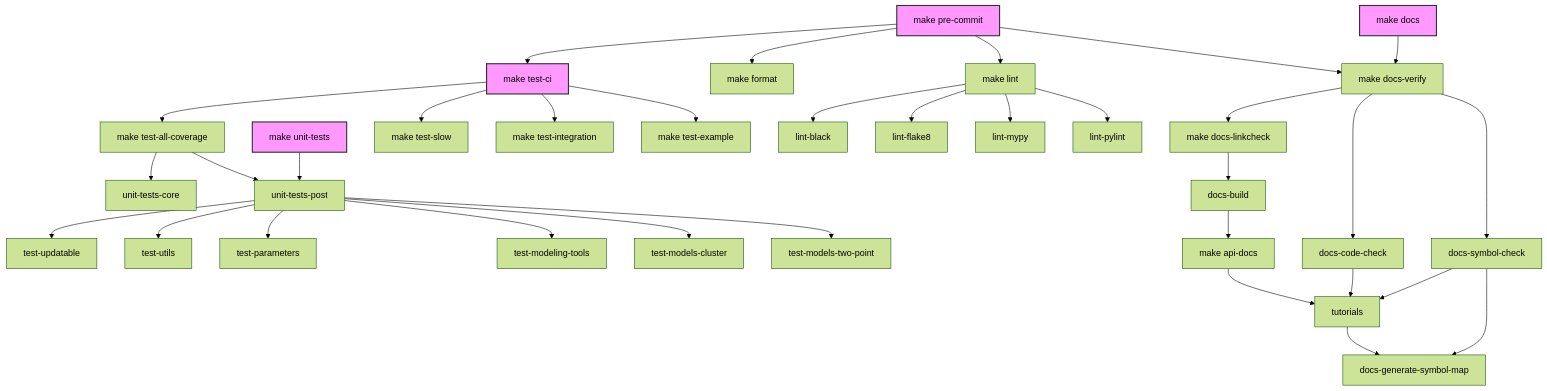
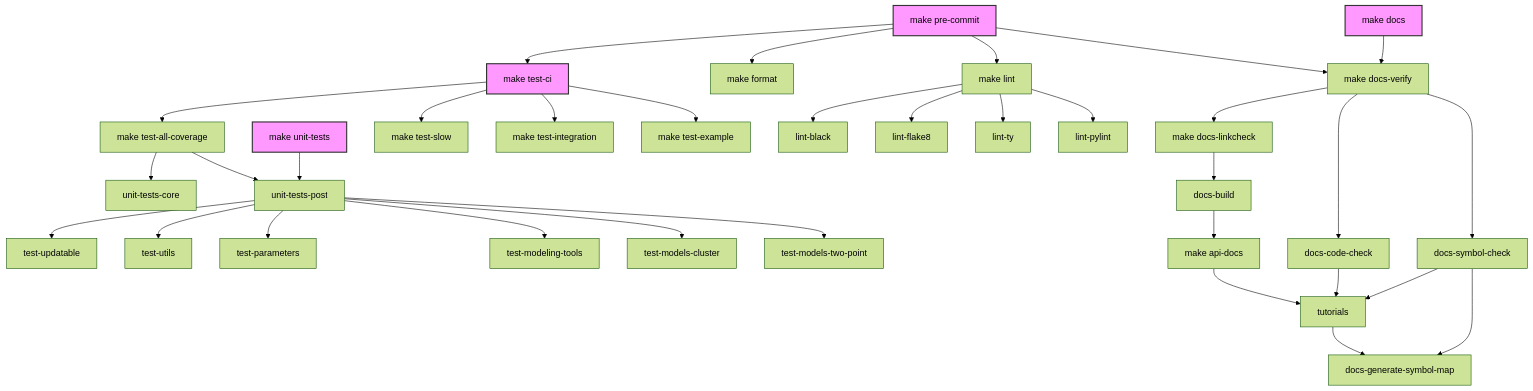
Before and after one commit to LSSTDESC/firecrown: the first of 2 diagrams in CONTRIBUTING_ADVANCED.md, drawn with Mermaid (forest theme). The commit also changed other lines of this file and 30 other files, not shown here.

````diff
--- a/CONTRIBUTING_ADVANCED.md
+++ b/CONTRIBUTING_ADVANCED.md
@@ -13,58 +13,58 @@
 ```mermaid
 graph TD
     classDef main fill:#f9f,stroke:#333,stroke-width:2px;
     
     pre-commit["make pre-commit"]:::main
     test-ci["make test-ci"]:::main
     docs["make docs"]:::main
     unit-tests["make unit-tests"]:::main
     
     %% Pre-commit dependencies
     pre-commit --> format["make format"]
     pre-commit --> lint["make lint"]
     pre-commit --> docs-verify["make docs-verify"]
     pre-commit --> test-ci
     
     %% Test-CI dependencies
     test-ci --> test-all-coverage["make test-all-coverage"]
     test-ci --> test-slow["make test-slow"]
     test-ci --> test-integration["make test-integration"]
     test-ci --> test-example["make test-example"]
     
     %% Test coverage dependencies
     test-all-coverage --> unit-tests-core["unit-tests-core"]
     test-all-coverage --> unit-tests-post["unit-tests-post"]
     
     %% Unit tests dependencies
     unit-tests --> unit-tests-post
     
     %% Unit tests post dependencies
     unit-tests-post --> test-updatable["test-updatable"]
     unit-tests-post --> test-utils["test-utils"]
     unit-tests-post --> test-parameters["test-parameters"]
     unit-tests-post --> test-modeling-tools["test-modeling-tools"]
     unit-tests-post --> test-models-cluster["test-models-cluster"]
     unit-tests-post --> test-models-two-point["test-models-two-point"]
     
     %% Lint dependencies
     lint --> lint-black["lint-black"]
     lint --> lint-flake8["lint-flake8"]
-    lint --> lint-mypy["lint-mypy"]
+    lint --> lint-ty["lint-ty"]
     lint --> lint-pylint["lint-pylint"]
     
     %% Documentation dependencies
     docs --> docs-verify
     
     docs-build --> api-docs["make api-docs"]
     
     docs-verify --> docs-code-check["docs-code-check"]
     docs-verify --> docs-symbol-check["docs-symbol-check"]
     docs-verify --> docs-linkcheck["make docs-linkcheck"]
     
     tutorials --> docs-generate-symbol-map
     api-docs --> tutorials
     docs-code-check --> tutorials
     docs-symbol-check --> tutorials
     docs-symbol-check --> docs-generate-symbol-map
     docs-linkcheck --> docs-build
 ```
````
